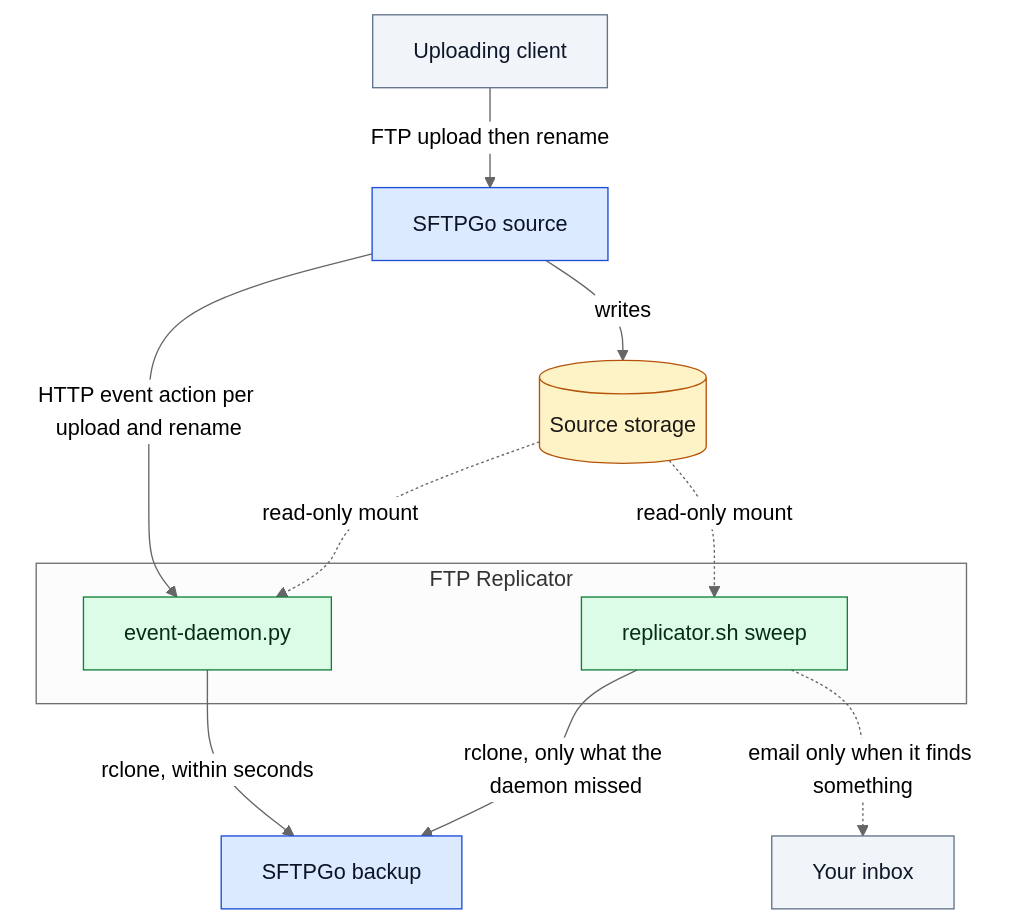
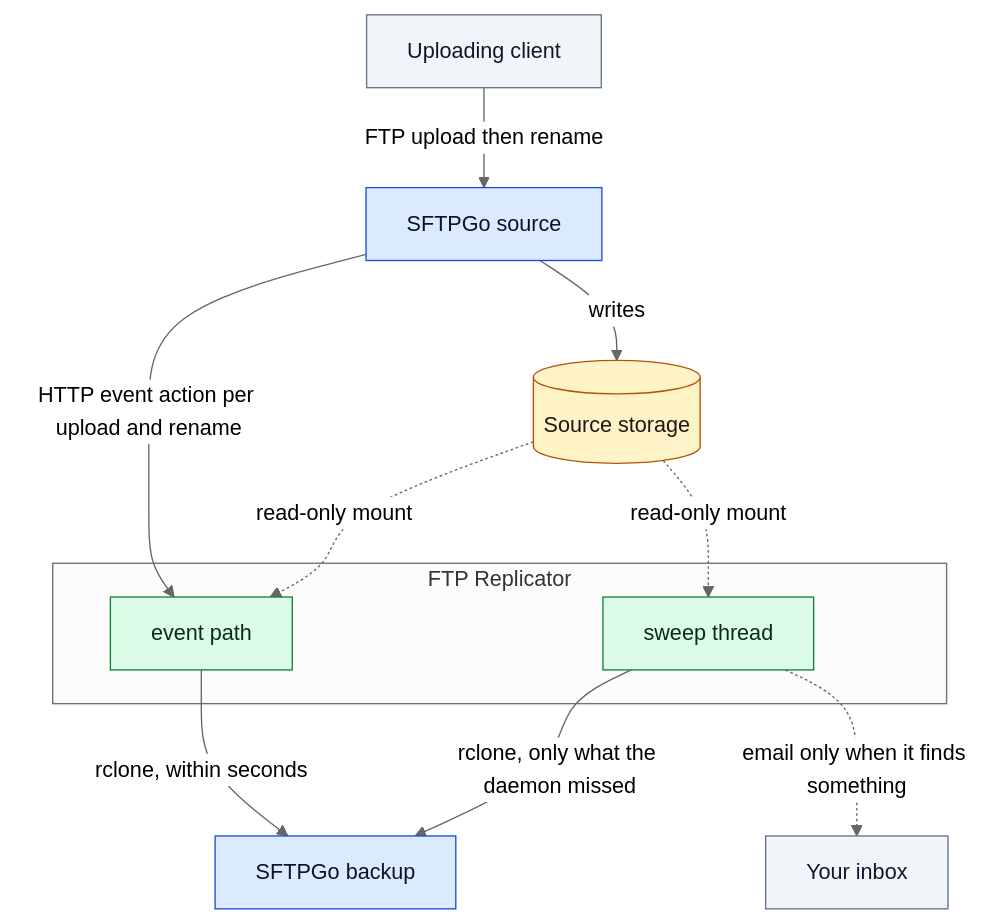
The diagram in README.md (andrebrait/ftp-replicator), drawn with Mermaid (neutral theme) before and after one commit. The commit also changed other lines of this file and 6 other files, not shown here.

````diff
--- a/README.md
+++ b/README.md
@@ -11,33 +11,33 @@
 ```mermaid
 flowchart TD
     client[Uploading client]
     source[SFTPGo source]
     store[(Source storage)]
-    daemon[event-daemon.py]
-    sweep[replicator.sh sweep]
+    daemon[event path]
+    sweep[sweep thread]
     backup[SFTPGo backup]
     inbox[Your inbox]
 
     client -->|FTP upload then rename| source
     source -->|writes| store
     source -->|HTTP event action per upload and rename| daemon
     store -.->|read-only mount| daemon
     store -.->|read-only mount| sweep
     daemon -->|rclone, within seconds| backup
     sweep -->|rclone, only what the daemon missed| backup
     sweep -.->|email only when it finds something| inbox
 
     subgraph repo [FTP Replicator]
         daemon
         sweep
     end
 
     classDef sftpgo fill:#dbeafe,stroke:#1d4ed8,color:#0b1324
     classDef ours fill:#dcfce7,stroke:#15803d,color:#052e16
     classDef outside fill:#f1f5f9,stroke:#64748b,color:#0f172a
     classDef disk fill:#fef3c7,stroke:#b45309,color:#1c1917
     class source,backup sftpgo
     class daemon,sweep ours
     class client,inbox outside
     class store disk
 ```
````
